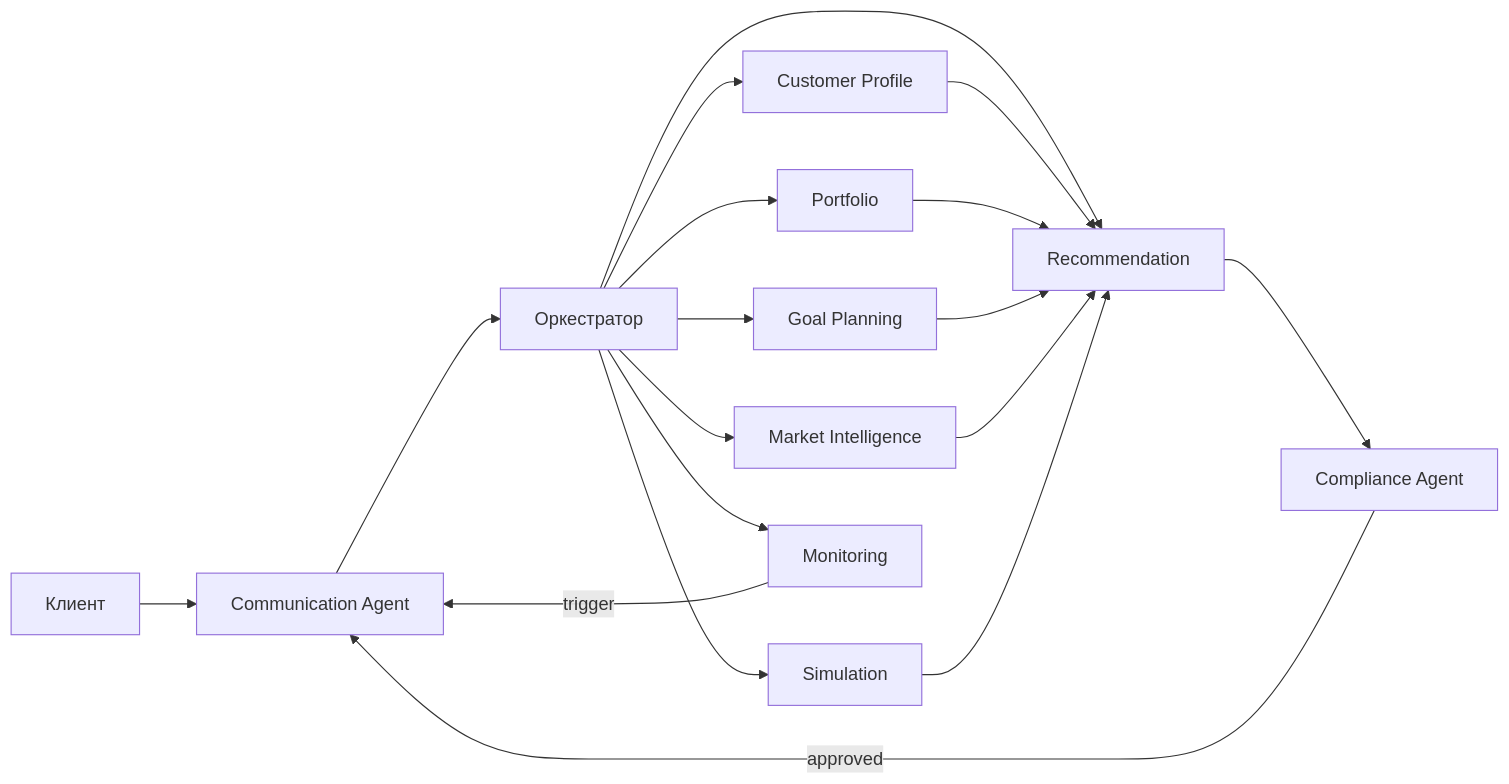
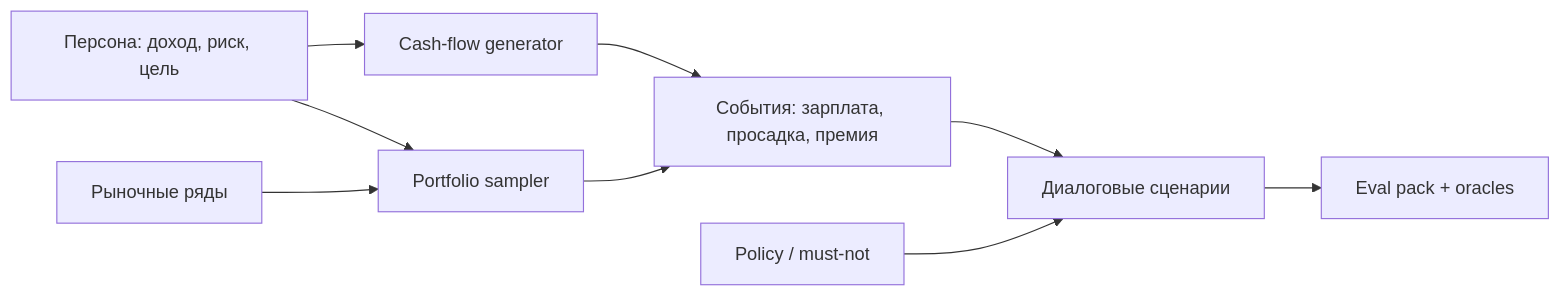
The second of 2 diagrams in publications/public/2026-07-13-banking-investor-ai-agent-ru.md (evgeniy-borisov/vairl), drawn with Mermaid before and after one commit. The commit also changed other lines of this file and 3 other files, not shown here.

````diff
--- a/publications/public/2026-07-13-banking-investor-ai-agent-ru.md
+++ b/publications/public/2026-07-13-banking-investor-ai-agent-ru.md
@@ -379,19 +270,11 @@
 ```mermaid
 flowchart LR
-    User["Клиент"] --> Comm["Communication Agent"]
-    Comm --> Orch["Оркестратор"]
-
-    Orch --> Profile["Customer Profile"]
-    Orch --> Port["Portfolio"]
-    Orch --> Goal["Goal Planning"]
-    Orch --> Market["Market Intelligence"]
-    Orch --> Sim["Simulation"]
-    Orch --> Rec["Recommendation"]
-    Orch --> Mon["Monitoring"]
-
-    Rec --> Comp["Compliance Agent"]
-    Comp -->|approved| Comm
-
-    Profile & Port & Goal & Market & Sim --> Rec
-    Mon -->|trigger| Comm
+  P["Персона: доход, риск, цель"] --> CF["Cash-flow generator"]
+  P --> Port["Portfolio sampler"]
+  Mkt["Рыночные ряды"] --> Port
+  CF --> Ev["События: зарплата, просадка, премия"]
+  Port --> Ev
+  Ev --> Dial["Диалоговые сценарии"]
+  Policy["Policy / must-not"] --> Dial
+  Dial --> Pack["Eval pack + oracles"]
 ```
````
